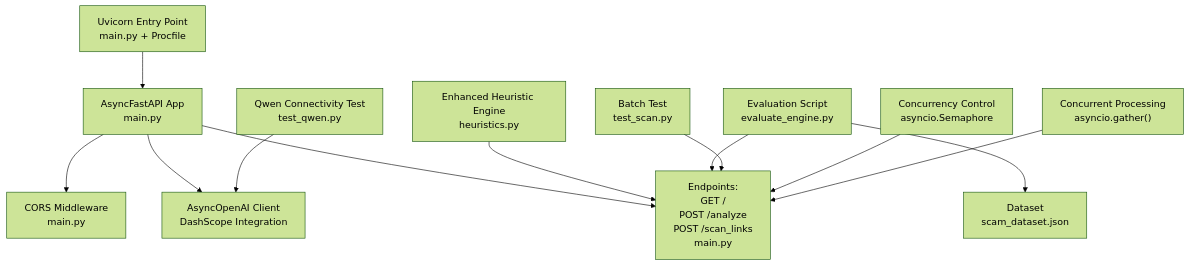
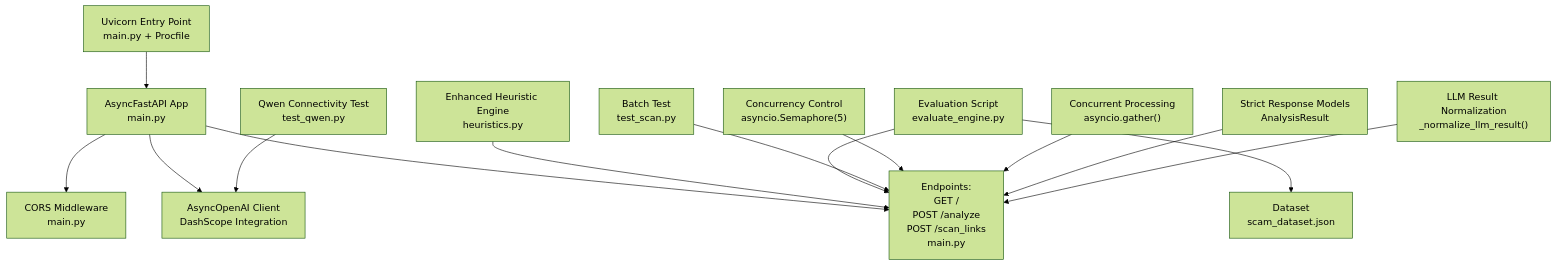
Before and after one commit to Aymanaahh/scrollguard-ai: the first of 5 diagrams in .qoder/repowiki/en/content/Backend API Documentation.md, drawn with Mermaid (forest theme). The commit also changed other lines of this file and 33 other files, not shown here.

````diff
--- a/.qoder/repowiki/en/content/Backend API Documentation.md
+++ b/.qoder/repowiki/en/content/Backend API Documentation.md
@@ -50,14 +52,16 @@
 ```mermaid
 graph TB
 A["AsyncFastAPI App<br/>main.py"] --> B["CORS Middleware<br/>main.py"]
 A --> C["AsyncOpenAI Client<br/>DashScope Integration"]
 A --> D["Endpoints:<br/>GET /<br/>POST /analyze<br/>POST /scan_links<br/>main.py"]
 E["Enhanced Heuristic Engine<br/>heuristics.py"] --> D
 F["Evaluation Script<br/>evaluate_engine.py"] --> D
 F --> G["Dataset<br/>scam_dataset.json"]
 H["Batch Test<br/>test_scan.py"] --> D
 I["Qwen Connectivity Test<br/>test_qwen.py"] --> C
-J["Concurrency Control<br/>asyncio.Semaphore"] --> D
+J["Concurrency Control<br/>asyncio.Semaphore(5)"] --> D
 K["Concurrent Processing<br/>asyncio.gather()"] --> D
 L["Uvicorn Entry Point<br/>main.py + Procfile"] --> A
+M["Strict Response Models<br/>AnalysisResult"] --> D
+N["LLM Result Normalization<br/>_normalize_llm_result()"] --> D
 ```
````
